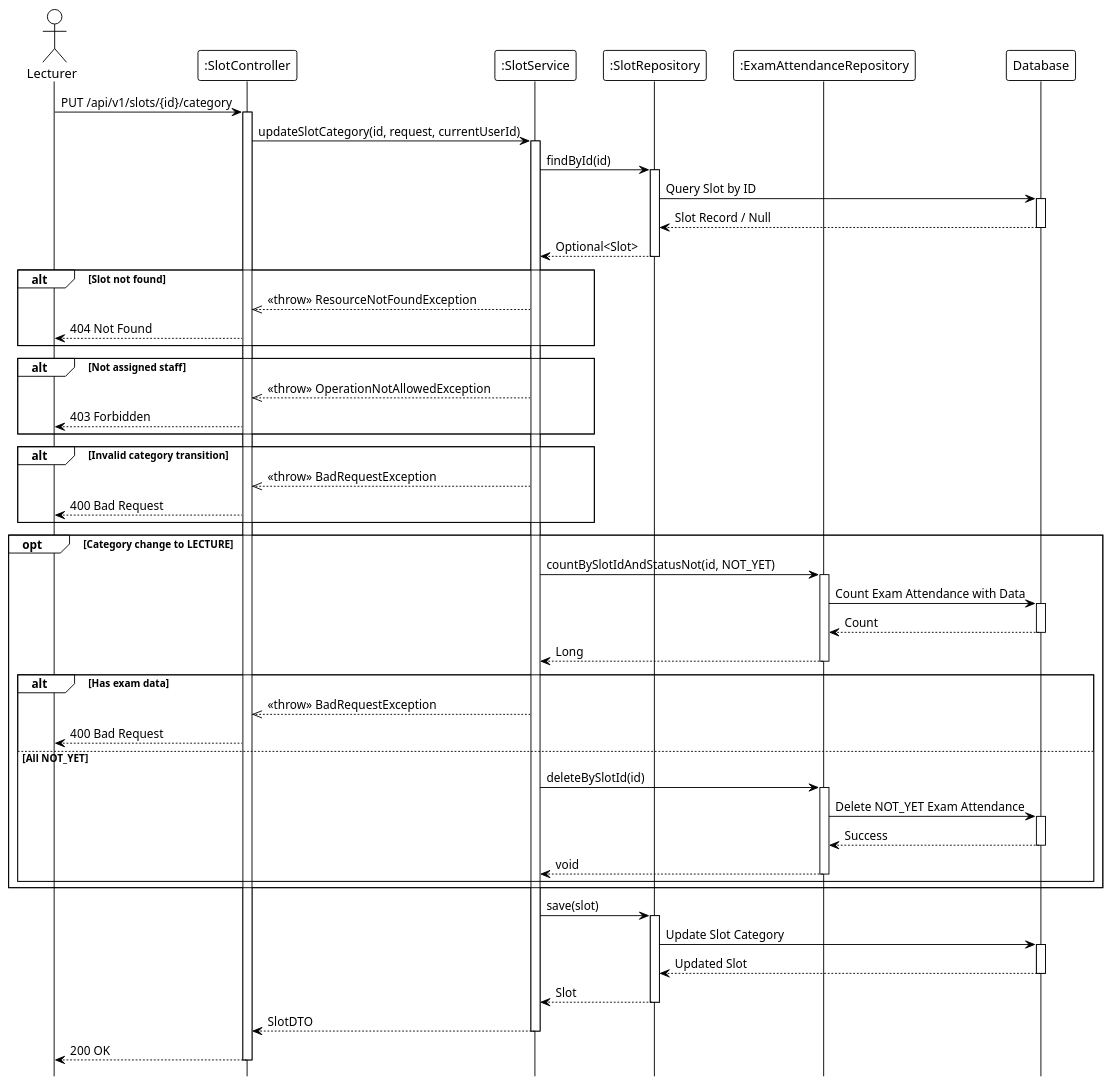
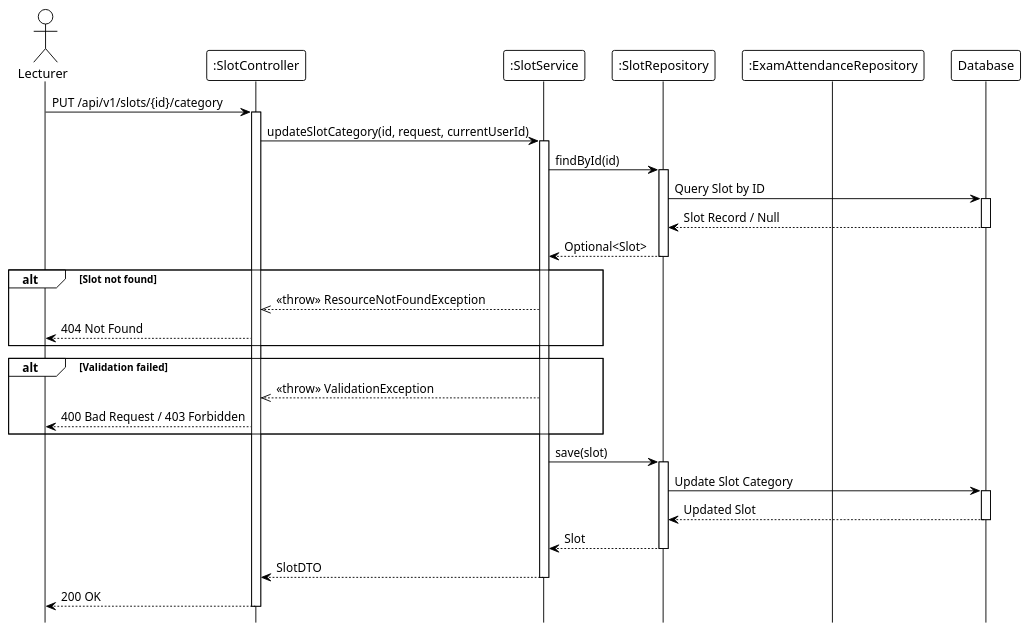
One commit to Ndh474/context changed the diagram in system_detailed_design/70_update_slot_category/sequence_diagram_update_slot_category.puml. Above: the diagram before and after it, drawn with PlantUML. The commit also changed 12 other files, not shown here.

```diff
--- a/system_detailed_design/70_update_slot_category/sequence_diagram_update_slot_category.puml
+++ b/system_detailed_design/70_update_slot_category/sequence_diagram_update_slot_category.puml
@@ -1,98 +1,60 @@
 @startuml update_slot_category
 !theme plain
 hide footbox
 
 actor Lecturer
 participant ":SlotController" as Controller
 participant ":SlotService" as Service
 participant ":SlotRepository" as SlotRepo
 participant ":ExamAttendanceRepository" as ExamRepo
 participant "Database" as DB
 
 ' --- MAIN FLOW ---
 Lecturer -> Controller: PUT /api/v1/slots/{id}/category
 activate Controller
 
 Controller -> Service: updateSlotCategory(id, request, currentUserId)
 activate Service
 
 ' --- FIND EXISTING ---
 Service -> SlotRepo: findById(id)
 activate SlotRepo
 
 SlotRepo -> DB: Query Slot by ID
 activate DB
 DB --> SlotRepo: Slot Record / Null
 deactivate DB
 
 SlotRepo --> Service: Optional<Slot>
 deactivate SlotRepo
 
 alt Slot not found
     Service -->> Controller: <<throw>> ResourceNotFoundException
     Controller --> Lecturer: 404 Not Found
 end
 
-' --- CHECK AUTHORIZATION ---
-alt Not assigned staff
-    Service -->> Controller: <<throw>> OperationNotAllowedException
-    Controller --> Lecturer: 403 Forbidden
+' Validation logic (internal: authorization, category transition validation, exam data check with conditional delete)
+
+alt Validation failed
+    Service -->> Controller: <<throw>> ValidationException
+    Controller --> Lecturer: 400 Bad Request / 403 Forbidden
 end
 
-' --- VALIDATE CATEGORY TRANSITION ---
-' Validation logic (internal)
-
-alt Invalid category transition
-    Service -->> Controller: <<throw>> BadRequestException
-    Controller --> Lecturer: 400 Bad Request
-end
-
-' --- CHECK EXAM DATA (if LECTURE_WITH_PT → LECTURE) ---
-opt Category change to LECTURE
-    Service -> ExamRepo: countBySlotIdAndStatusNot(id, NOT_YET)
-    activate ExamRepo
-    
-    ExamRepo -> DB: Count Exam Attendance with Data
-    activate DB
-    DB --> ExamRepo: Count
-    deactivate DB
-    
-    ExamRepo --> Service: Long
-    deactivate ExamRepo
-    
-    alt Has exam data
-        Service -->> Controller: <<throw>> BadRequestException
-        Controller --> Lecturer: 400 Bad Request
-    else All NOT_YET
-        Service -> ExamRepo: deleteBySlotId(id)
-        activate ExamRepo
-        
-        ExamRepo -> DB: Delete NOT_YET Exam Attendance
-        activate DB
-        DB --> ExamRepo: Success
-        deactivate DB
-        
-        ExamRepo --> Service: void
-        deactivate ExamRepo
-    end
-end
-
-' --- UPDATE ---
 Service -> SlotRepo: save(slot)
 activate SlotRepo
 
 SlotRepo -> DB: Update Slot Category
 activate DB
 DB --> SlotRepo: Updated Slot
 deactivate DB
 
 SlotRepo --> Service: Slot
 deactivate SlotRepo
 
 Service --> Controller: SlotDTO
 deactivate Service
 
 Controller --> Lecturer: 200 OK
 deactivate Controller
 
 @enduml
```
